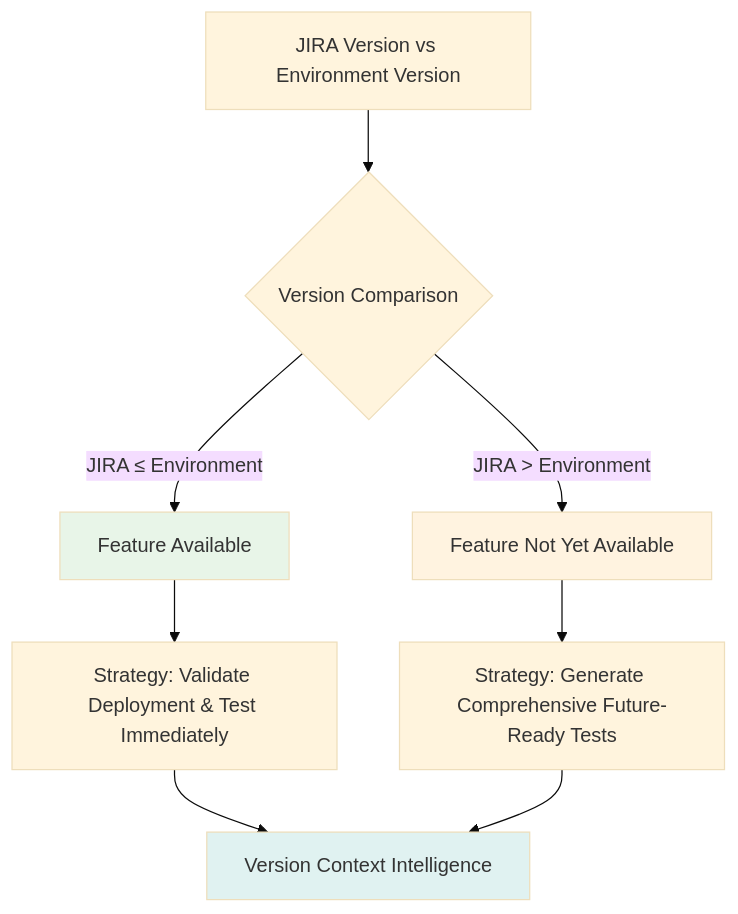
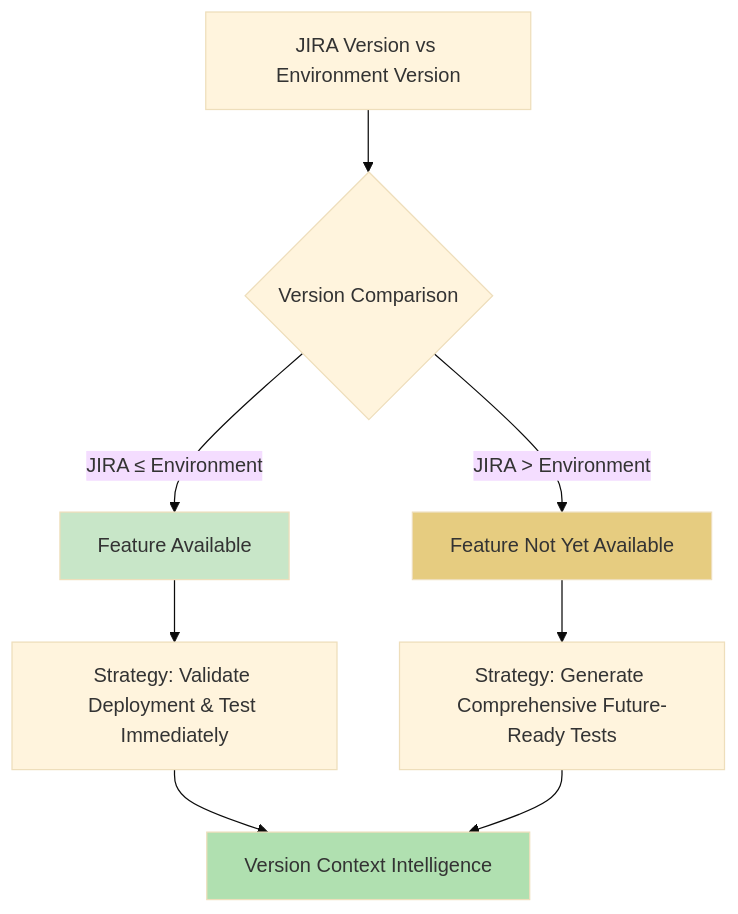
The third of 29 diagrams in apps/claude-test-generator/docs/framework-workflow-details.md (stolostron/ai-test-gen), drawn with Mermaid (base theme) before and after one commit. The commit also changed other lines of this file and 15 other files, not shown here.

First line of the commit message:
🛡️ CRITICAL SECURITY: Implement comprehensive AI security architecture

````diff
--- a/apps/claude-test-generator/docs/framework-workflow-details.md
+++ b/apps/claude-test-generator/docs/framework-workflow-details.md
@@ -122,22 +100,22 @@
 ```mermaid
 flowchart TD
     VERSIONS[JIRA Version vs Environment Version]
     COMPARE{Version Comparison}
     AVAILABLE[Feature Available]
     NOT_AVAILABLE[Feature Not Yet Available]
     STRATEGY1[Strategy: Validate Deployment & Test Immediately]
     STRATEGY2[Strategy: Generate Comprehensive Future-Ready Tests]
     CONTEXT[Version Context Intelligence]
     
     VERSIONS --> COMPARE
     COMPARE -->|JIRA ≤ Environment| AVAILABLE
     COMPARE -->|JIRA > Environment| NOT_AVAILABLE
     AVAILABLE --> STRATEGY1
     NOT_AVAILABLE --> STRATEGY2
     STRATEGY1 --> CONTEXT
     STRATEGY2 --> CONTEXT
     
-    style AVAILABLE fill:#e8f5e8
-    style NOT_AVAILABLE fill:#fff3e0
-    style CONTEXT fill:#e0f2f1
+    style AVAILABLE fill:#c8e6c8
+    style NOT_AVAILABLE fill:#e6cc80
+    style CONTEXT fill:#b0e0b0
 ```
````
